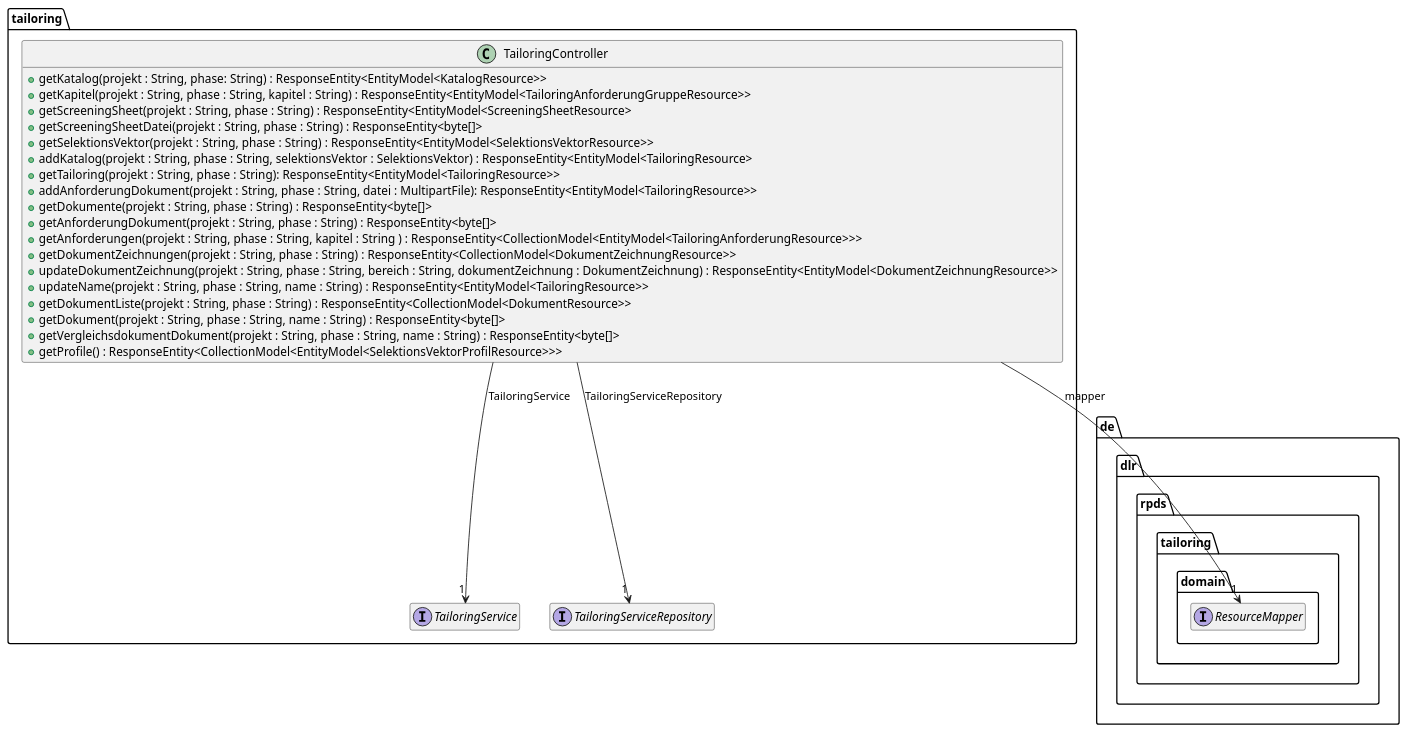
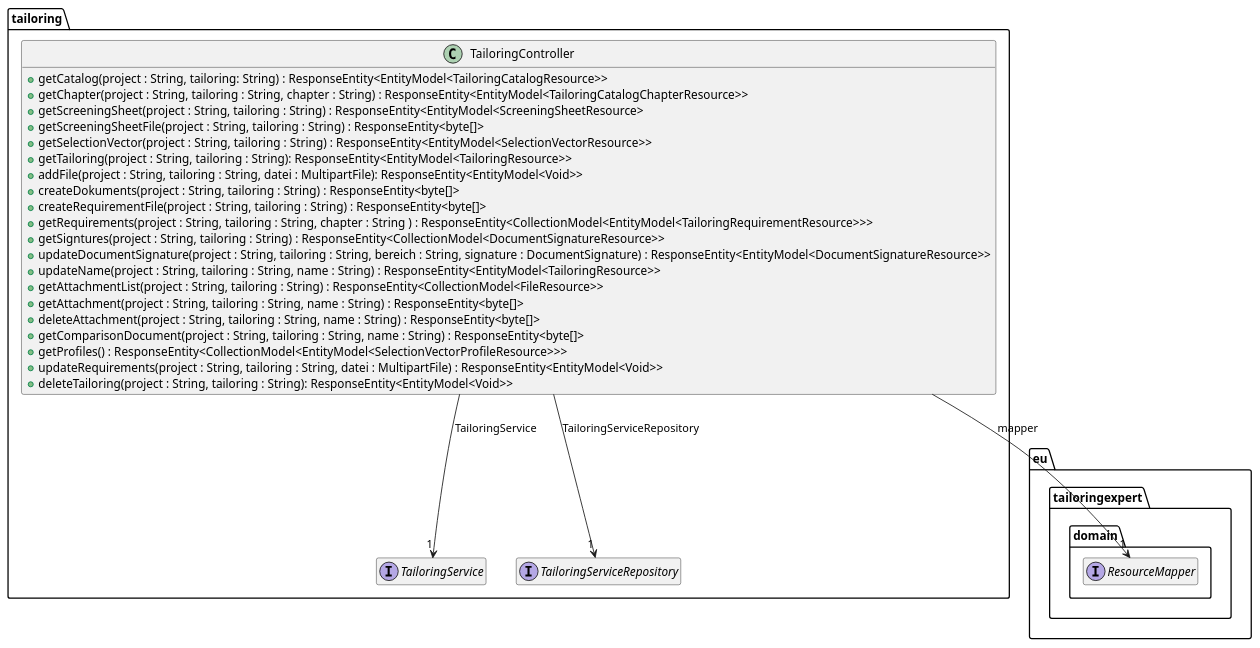
One commit to tailoringexpert/platform changed the diagram in src/site/arc42/plantuml/rest/tailoring/Ebene3.plantuml. Above: the diagram before and after it, drawn with PlantUML. The commit also changed 37 other files, not shown here.

```diff
--- a/src/site/arc42/plantuml/rest/tailoring/Ebene3.plantuml
+++ b/src/site/arc42/plantuml/rest/tailoring/Ebene3.plantuml
@@ -1,46 +1,48 @@
 @startuml
 hide empty members
 
-package de.dlr.rpds.tailoring {
+package eu.tailoringexpert {
     package domain {
         interface ResourceMapper
     }
 }
 
 package tailoring {
 
 
     interface TailoringService {
     }
 
     interface TailoringServiceRepository {
     }
 
     class TailoringController {
-        +getKatalog(projekt : String, phase: String) : ResponseEntity<EntityModel<KatalogResource>>
-        +getKapitel(projekt : String, phase : String, kapitel : String) : ResponseEntity<EntityModel<TailoringAnforderungGruppeResource>>
-        +getScreeningSheet(projekt : String, phase : String) : ResponseEntity<EntityModel<ScreeningSheetResource>
-        +getScreeningSheetDatei(projekt : String, phase : String) : ResponseEntity<byte[]>
-        +getSelektionsVektor(projekt : String, phase : String) :  ResponseEntity<EntityModel<SelektionsVektorResource>>
-        +addKatalog(projekt : String, phase : String, selektionsVektor : SelektionsVektor) : ResponseEntity<EntityModel<TailoringResource>
-        +getTailoring(projekt : String, phase : String): ResponseEntity<EntityModel<TailoringResource>>
-        +addAnforderungDokument(projekt : String, phase : String, datei : MultipartFile): ResponseEntity<EntityModel<TailoringResource>>
-        +getDokumente(projekt : String, phase : String) : ResponseEntity<byte[]>
-        +getAnforderungDokument(projekt : String, phase : String) : ResponseEntity<byte[]>
-        +getAnforderungen(projekt : String, phase : String, kapitel : String ) : ResponseEntity<CollectionModel<EntityModel<TailoringAnforderungResource>>>
-        +getDokumentZeichnungen(projekt : String, phase : String) : ResponseEntity<CollectionModel<DokumentZeichnungResource>>
-        +updateDokumentZeichnung(projekt : String, phase : String, bereich : String, dokumentZeichnung : DokumentZeichnung) : ResponseEntity<EntityModel<DokumentZeichnungResource>>
-        +updateName(projekt : String, phase : String, name : String) : ResponseEntity<EntityModel<TailoringResource>>
-        +getDokumentListe(projekt : String, phase : String) : ResponseEntity<CollectionModel<DokumentResource>>
-        +getDokument(projekt : String, phase : String, name : String) : ResponseEntity<byte[]>
-        +getVergleichsdokumentDokument(projekt : String, phase : String, name : String) : ResponseEntity<byte[]>
-        +getProfile() : ResponseEntity<CollectionModel<EntityModel<SelektionsVektorProfilResource>>>
+        +getCatalog(project : String, tailoring: String) : ResponseEntity<EntityModel<TailoringCatalogResource>>
+        +getChapter(project : String, tailoring : String, chapter : String) : ResponseEntity<EntityModel<TailoringCatalogChapterResource>>
+        +getScreeningSheet(project : String, tailoring : String) : ResponseEntity<EntityModel<ScreeningSheetResource>
+        +getScreeningSheetFile(project : String, tailoring : String) : ResponseEntity<byte[]>
+        +getSelectionVector(project : String, tailoring : String) :  ResponseEntity<EntityModel<SelectionVectorResource>>
+        +getTailoring(project : String, tailoring : String): ResponseEntity<EntityModel<TailoringResource>>
+        +addFile(project : String, tailoring : String, datei : MultipartFile): ResponseEntity<EntityModel<Void>>
+        +createDokuments(project : String, tailoring : String) : ResponseEntity<byte[]>
+        +createRequirementFile(project : String, tailoring : String) : ResponseEntity<byte[]>
+        +getRequirements(project : String, tailoring : String, chapter : String ) : ResponseEntity<CollectionModel<EntityModel<TailoringRequirementResource>>>
+        +getSigntures(project : String, tailoring : String) : ResponseEntity<CollectionModel<DocumentSignatureResource>>
+        +updateDocumentSignature(project : String, tailoring : String, bereich : String, signature : DocumentSignature) : ResponseEntity<EntityModel<DocumentSignatureResource>>
+        +updateName(project : String, tailoring : String, name : String) : ResponseEntity<EntityModel<TailoringResource>>
+        +getAttachmentList(project : String, tailoring : String) : ResponseEntity<CollectionModel<FileResource>>
+        +getAttachment(project : String, tailoring : String, name : String) : ResponseEntity<byte[]>
+        +deleteAttachment(project : String, tailoring : String, name : String) : ResponseEntity<byte[]>
+        +getComparisonDocument(project : String, tailoring : String, name : String) : ResponseEntity<byte[]>
+        +getProfiles() : ResponseEntity<CollectionModel<EntityModel<SelectionVectorProfileResource>>>
+        +updateRequirements(project : String, tailoring : String, datei : MultipartFile) : ResponseEntity<EntityModel<Void>>
+        +deleteTailoring(project : String, tailoring : String): ResponseEntity<EntityModel<Void>>
     }
 
 
     TailoringController --> "1" ResourceMapper : mapper
     TailoringController --> "1" TailoringService : TailoringService
     TailoringController --> "1" TailoringServiceRepository : TailoringServiceRepository
 
 }
 @enduml
```
